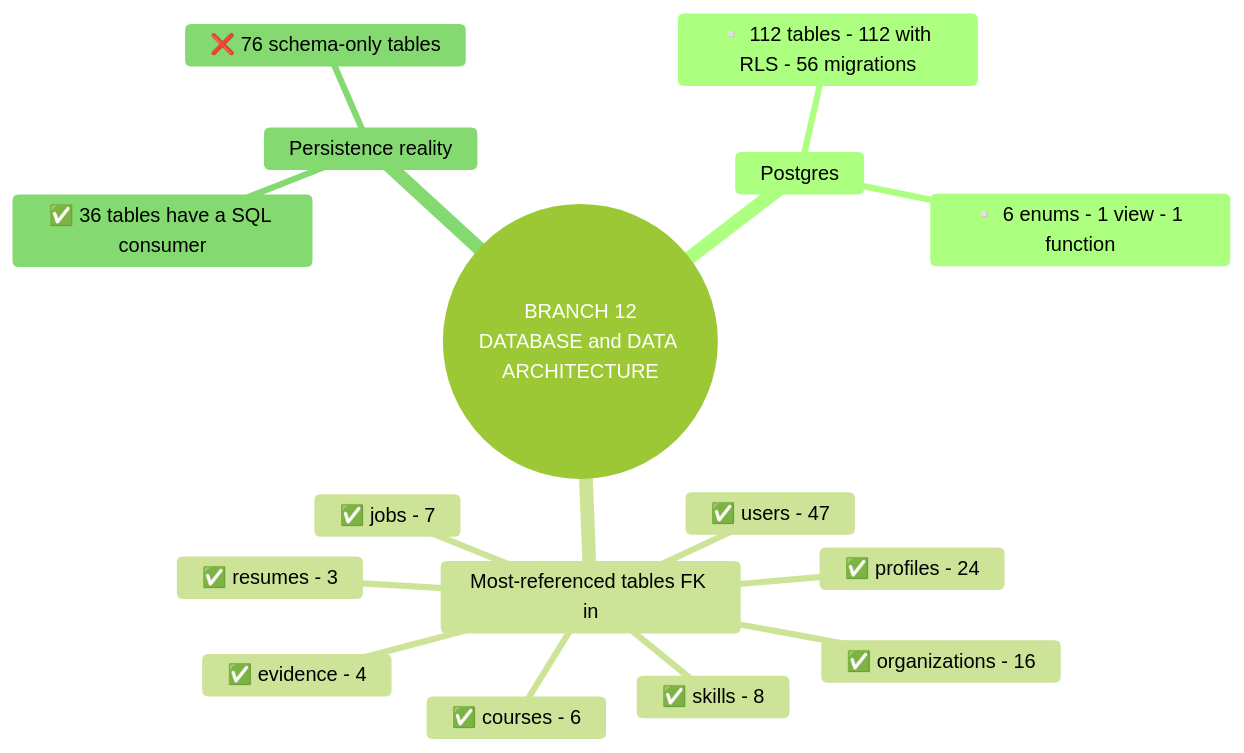
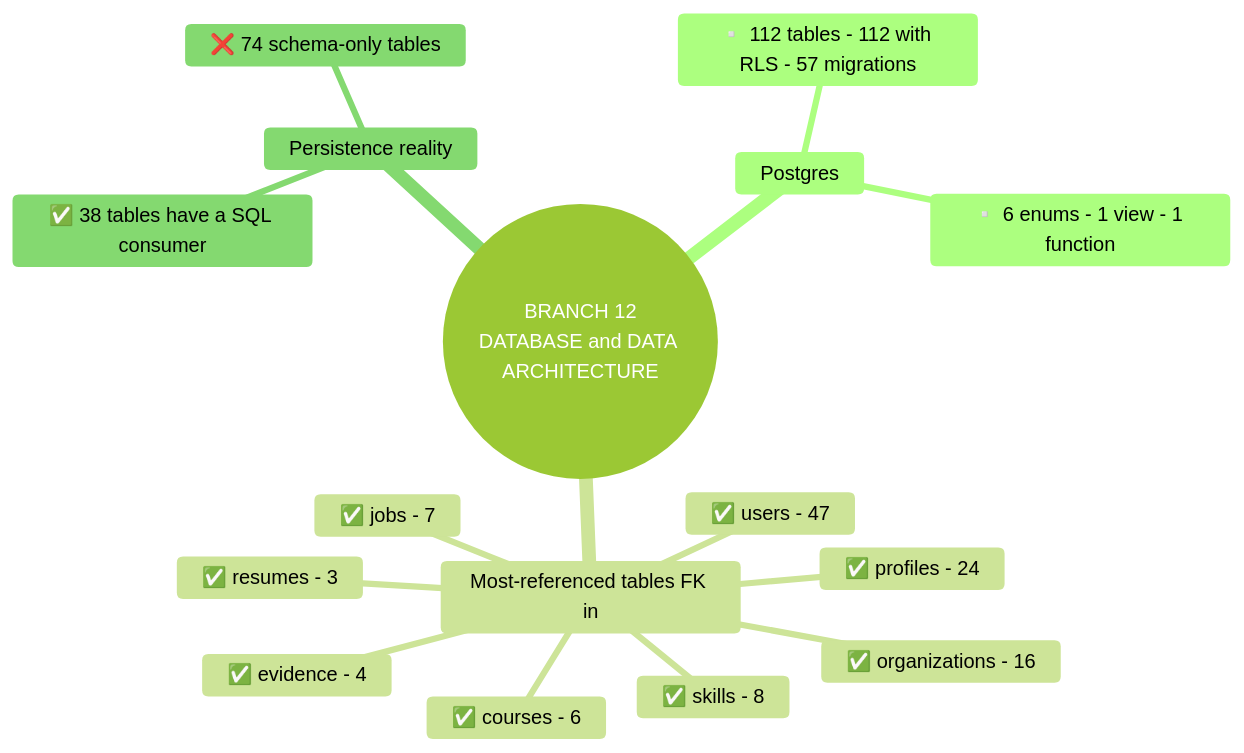
Diagram 14 of 22 in project-mindmap/master/MASTER_PROJECT_DIAGRAMS.md (yhsomani/talentsphere-complete), drawn with Mermaid (forest theme) before and after one commit. The commit also changed other lines of this file and 171 other files, not shown here.

First line of the commit message:
docs(mindmap): feature catalog to nano level and graph views

````diff
--- a/project-mindmap/master/MASTER_PROJECT_DIAGRAMS.md
+++ b/project-mindmap/master/MASTER_PROJECT_DIAGRAMS.md
@@ -422,19 +422,19 @@
 ```mermaid
 mindmap
   root(("BRANCH 12<br/>DATABASE and DATA ARCHITECTURE"))
     Postgres
-      ▫️ 112 tables - 112 with RLS - 56 migrations
+      ▫️ 112 tables - 112 with RLS - 57 migrations
       ▫️ 6 enums - 1 view - 1 function
     Most-referenced tables FK in
       ✅ users - 47
       ✅ profiles - 24
       ✅ organizations - 16
       ✅ skills - 8
       ✅ jobs - 7
       ✅ courses - 6
       ✅ evidence - 4
       ✅ resumes - 3
     Persistence reality
-      ✅ 36 tables have a SQL consumer
-      ❌ 76 schema-only tables
+      ✅ 38 tables have a SQL consumer
+      ❌ 74 schema-only tables
 ```
````
